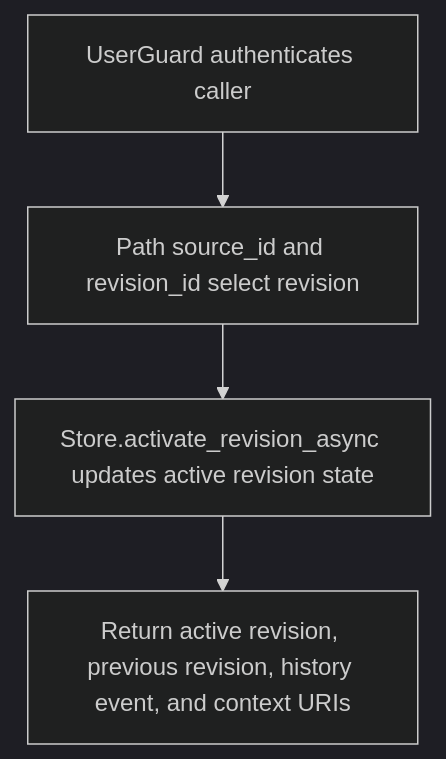
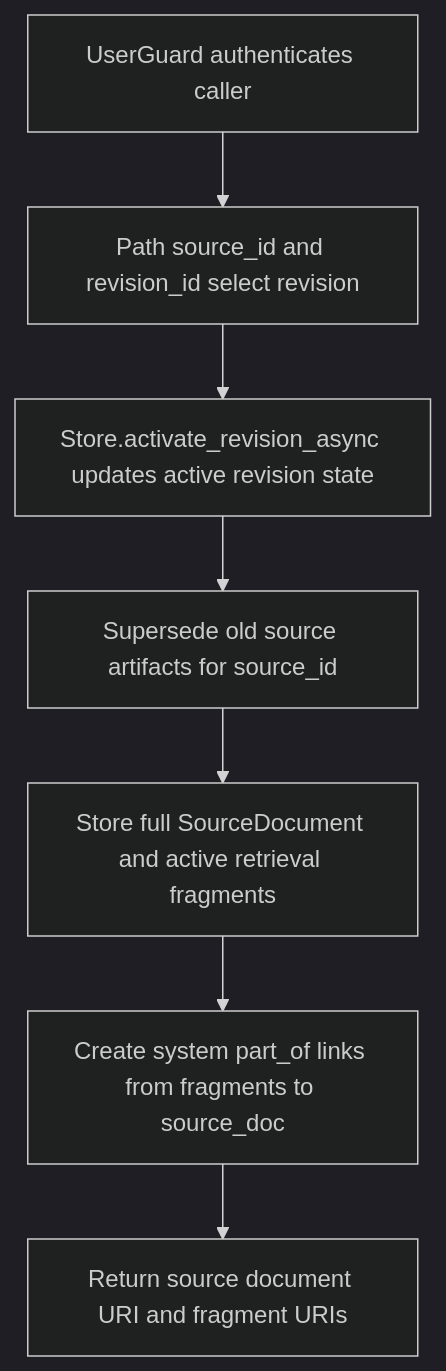
The diagram in doc/api/post_v1_state_company_docs_source_id_revisions_revision_id_activate.md (dickwu/nowledge), drawn with Mermaid (dark theme) before and after one commit. The commit also changed other lines of this file and 31 other files, not shown here.

First line of the commit message:
Keep long-document retrieval traceable

````diff
--- a/doc/api/post_v1_state_company_docs_source_id_revisions_revision_id_activate.md
+++ b/doc/api/post_v1_state_company_docs_source_id_revisions_revision_id_activate.md
@@ -45,10 +49,16 @@
 ```mermaid
 flowchart TD
   n0["UserGuard authenticates caller"]
   n1["Path source_id and revision_id select revision"]
   n2["Store.activate_revision_async updates active revision state"]
-  n3["Return active revision, previous revision, history event, and context URIs"]
+  n3["Supersede old source artifacts for source_id"]
+  n4["Store full SourceDocument and active retrieval fragments"]
+  n5["Create system part_of links from fragments to source_doc"]
+  n6["Return source document URI and fragment URIs"]
   n0 --> n1
   n1 --> n2
   n2 --> n3
+  n3 --> n4
+  n4 --> n5
+  n5 --> n6
 ```
````
